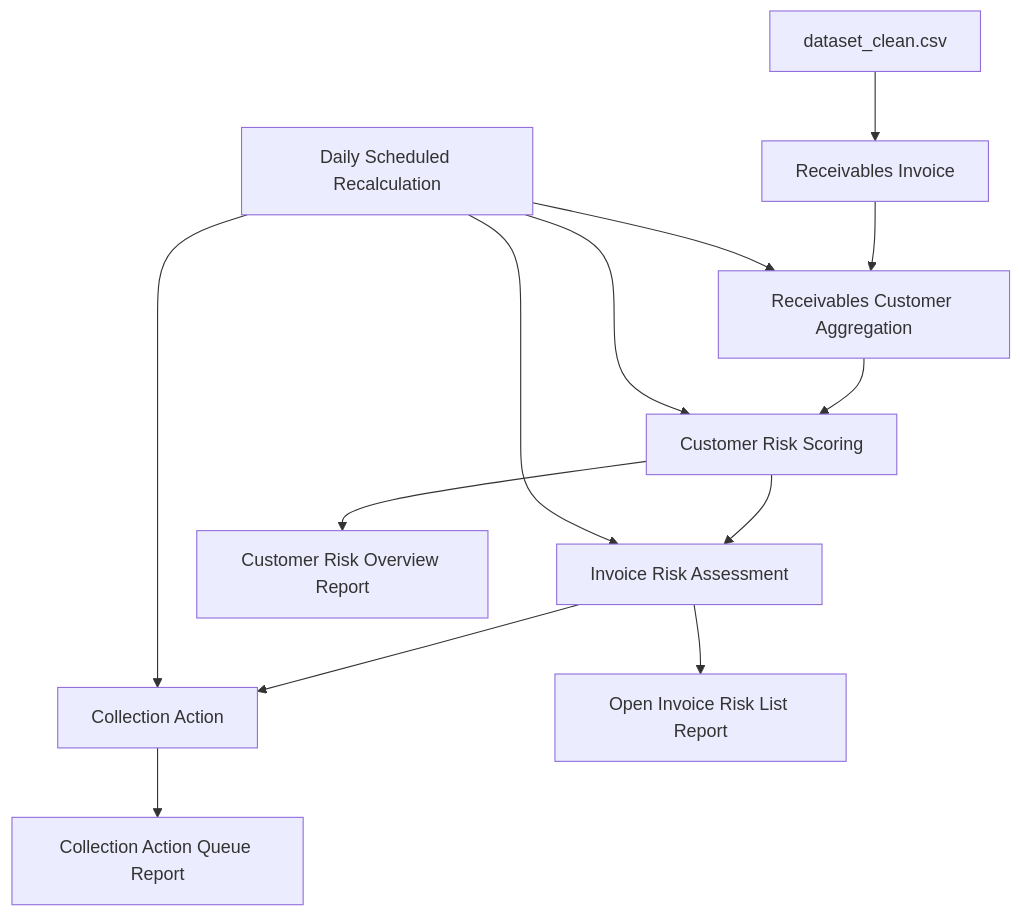
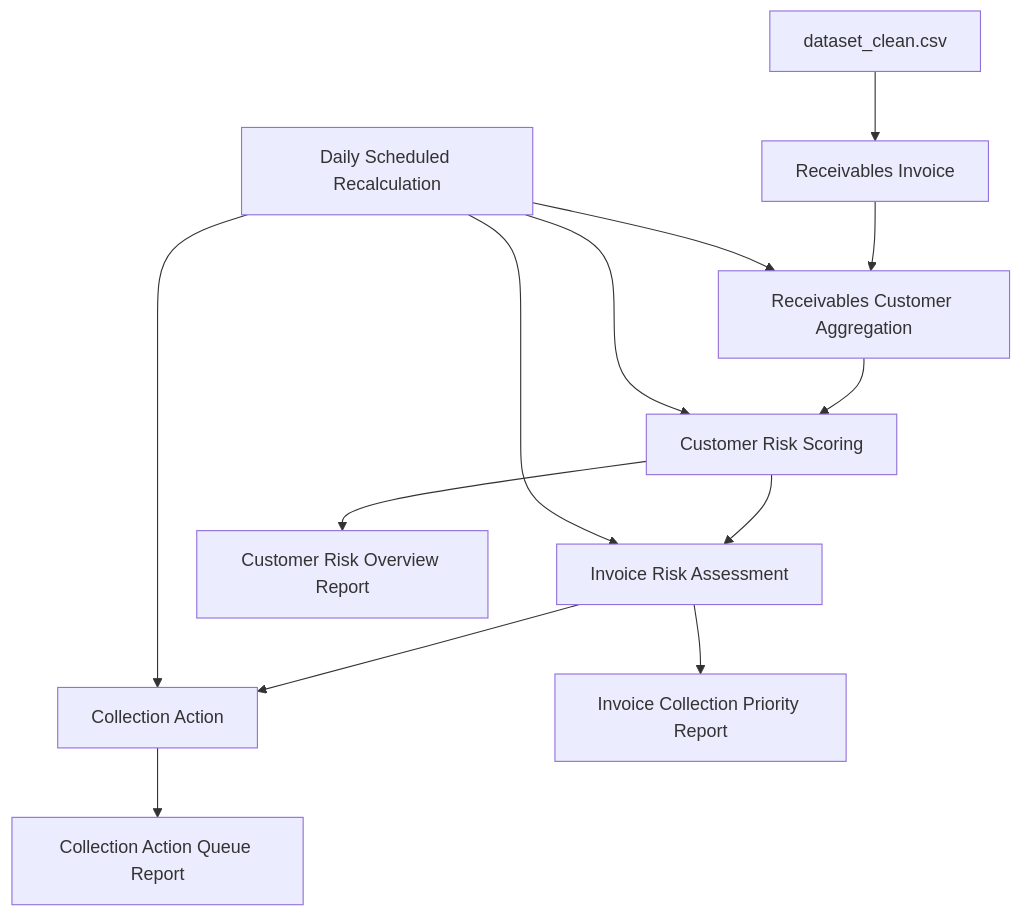
One commit to phivinhkien1710-sudo/receivable_risk_manager changed the diagram in README.md. Above: the diagram before and after it, drawn with Mermaid. The commit also changed other lines of this file and 5 other files, not shown here.

Commit message:
Rename open invoice risk report to invoice collection priority

````diff
--- a/README.md
+++ b/README.md
@@ -85,15 +78,15 @@
 ```mermaid
 flowchart TD
     A[dataset_clean.csv] --> B[Receivables Invoice]
     B --> C[Receivables Customer Aggregation]
     C --> D[Customer Risk Scoring]
     D --> E[Invoice Risk Assessment]
     E --> F[Collection Action]
     D --> G[Customer Risk Overview Report]
-    E --> H[Open Invoice Risk List Report]
+    E --> H[Invoice Collection Priority Report]
     F --> I[Collection Action Queue Report]
     J[Daily Scheduled Recalculation] --> C
     J --> D
     J --> E
     J --> F
 ```
````
